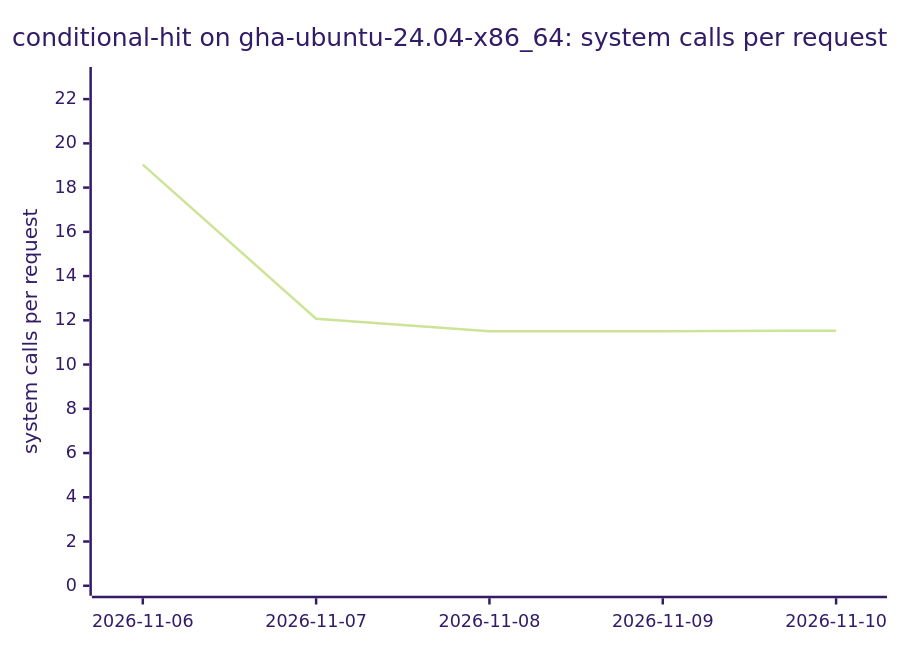
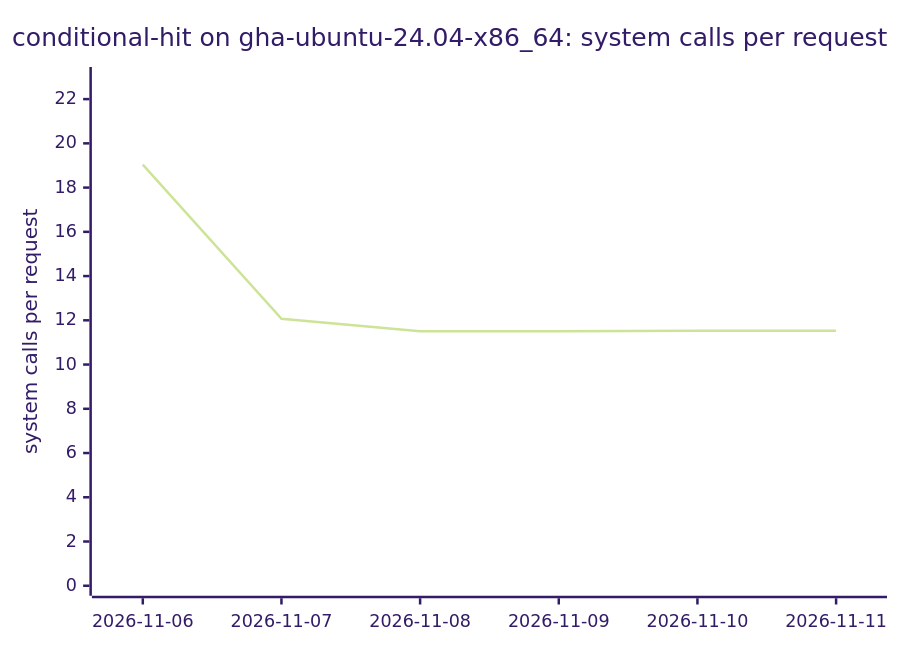
Diagram 17 of 18 in BENCHMARKS.md (ThePixelPilgrim/durchlauferhitzer), drawn with Mermaid (forest theme) before and after one commit. The commit also changed other lines of this file and 1 other file, not shown here.

````diff
--- a/BENCHMARKS.md
+++ b/BENCHMARKS.md
@@ -188,7 +188,7 @@
 ```mermaid
 xychart-beta
   title "conditional-hit on gha-ubuntu-24.04-x86_64: system calls per request"
-  x-axis ["2026-11-06", "2026-11-07", "2026-11-08", "2026-11-09", "2026-11-10"]
+  x-axis ["2026-11-06", "2026-11-07", "2026-11-08", "2026-11-09", "2026-11-10", "2026-11-11"]
   y-axis "system calls per request" 0 --> 23
-  line [19.04, 12.07, 11.51, 11.51, 11.53]
+  line [19.04, 12.07, 11.51, 11.51, 11.53, 11.53]
 ```
````
